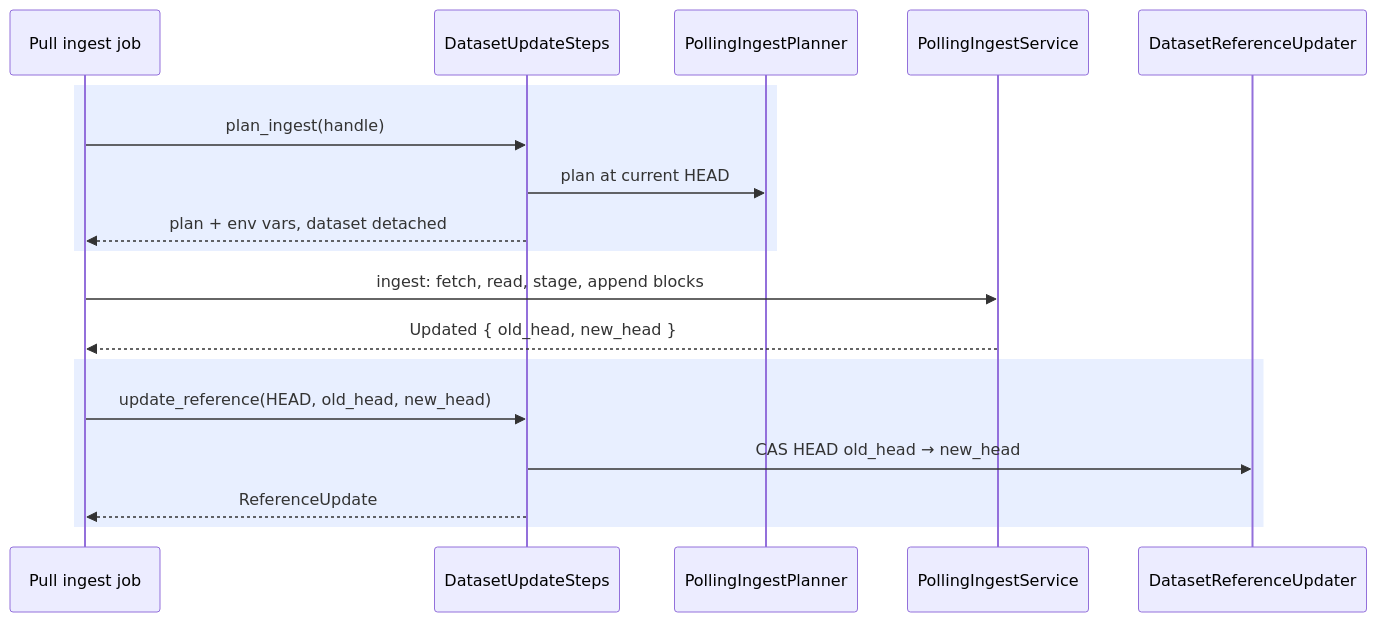
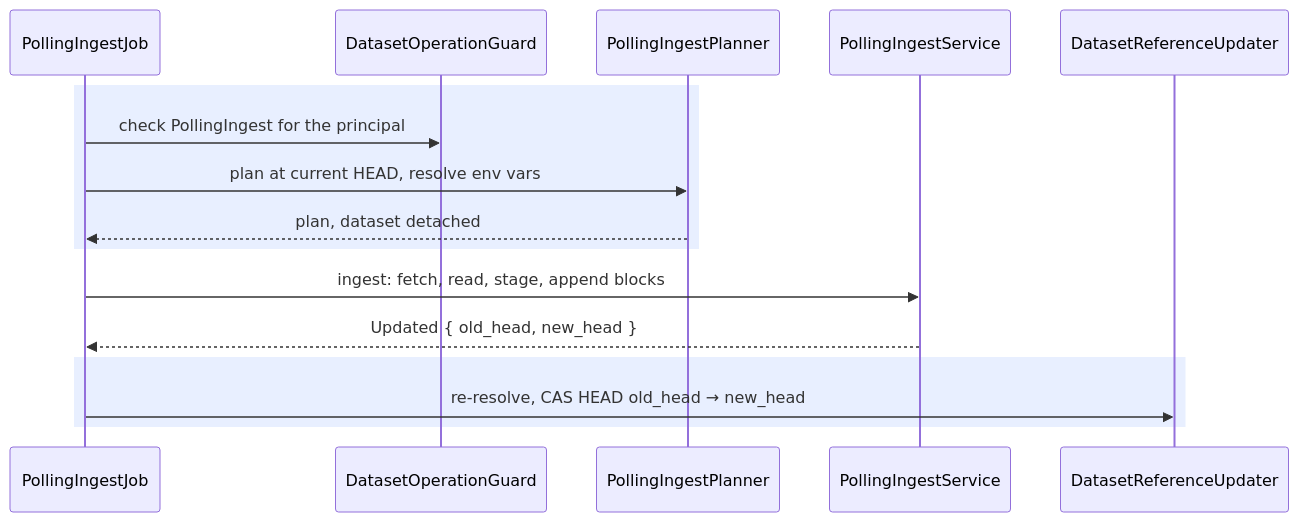
Before and after one commit to kamu-data/kamu-cli: the second of 3 diagrams in docs/internal/dataset-operations.md, drawn with Mermaid. The commit also changed other lines of this file and 9 other files, not shown here.

Commit message:
DS13: docs for one job per dataset operation

````diff
--- a/docs/internal/dataset-operations.md
+++ b/docs/internal/dataset-operations.md
@@ -89,21 +93,19 @@
 ```mermaid
 sequenceDiagram
-    participant J as Pull ingest job
-    participant S as DatasetUpdateSteps
+    participant J as PollingIngestJob
+    participant G as DatasetOperationGuard
     participant P as PollingIngestPlanner
     participant I as PollingIngestService
     participant C as DatasetReferenceUpdater
 
     rect rgba(100, 150, 255, 0.15)
-    J->>S: plan_ingest(handle)
-    S->>P: plan at current HEAD
-    S-->>J: plan + env vars, dataset detached
+    J->>G: check PollingIngest for the principal
+    J->>P: plan at current HEAD, resolve env vars
+    P-->>J: plan, dataset detached
     end
     J->>I: ingest: fetch, read, stage, append blocks
     I-->>J: Updated { old_head, new_head }
     rect rgba(100, 150, 255, 0.15)
-    J->>S: update_reference(HEAD, old_head, new_head)
-    S->>C: CAS HEAD old_head → new_head
-    S-->>J: ReferenceUpdate
+    J->>C: re-resolve, CAS HEAD old_head → new_head
     end
 ```
````
